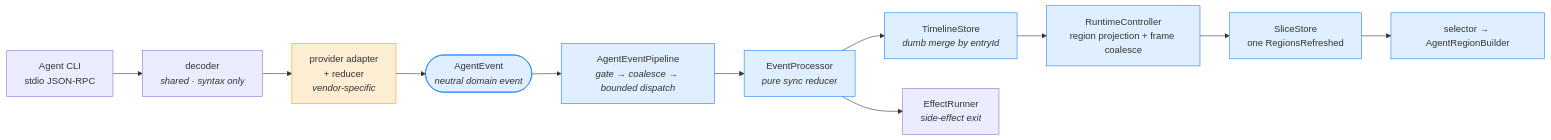
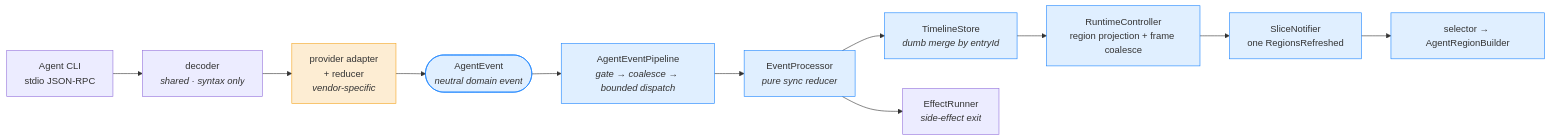
The second of 6 diagrams in docs/en/architecture/overview.md (linpeilie/zeta), drawn with Mermaid before and after one commit. The commit also changed other lines of this file and 71 other files, not shown here.

````diff
--- a/docs/en/architecture/overview.md
+++ b/docs/en/architecture/overview.md
@@ -68,18 +68,18 @@
 ```mermaid
 flowchart LR
     cli["Agent CLI<br/>stdio JSON-RPC"] --> dec["decoder<br/><i>shared · syntax only</i>"]
     dec --> ad["provider adapter<br/>+ reducer<br/><i>vendor-specific</i>"]
     ad --> ev(["AgentEvent<br/><i>neutral domain event</i>"])
     ev --> pipe["AgentEventPipeline<br/><i>gate → coalesce → bounded dispatch</i>"]
     pipe --> proc["EventProcessor<br/><i>pure sync reducer</i>"]
     proc --> store["TimelineStore<br/><i>dumb merge by entryId</i>"]
     proc --> eff["EffectRunner<br/><i>side-effect exit</i>"]
     store --> runtime["RuntimeController<br/>region projection + frame coalesce"]
-    runtime --> slice["SliceStore<br/>one RegionsRefreshed"]
+    runtime --> slice["SliceNotifier<br/>one RegionsRefreshed"]
     slice --> ui["selector → AgentRegionBuilder"]
 
     classDef vendor fill:#F5A62333,stroke:#F5A623
     classDef neutral fill:#1B84FF22,stroke:#1B84FF
     class ad vendor
     class ev,pipe,proc,store,runtime,slice,ui neutral
 ```
````
